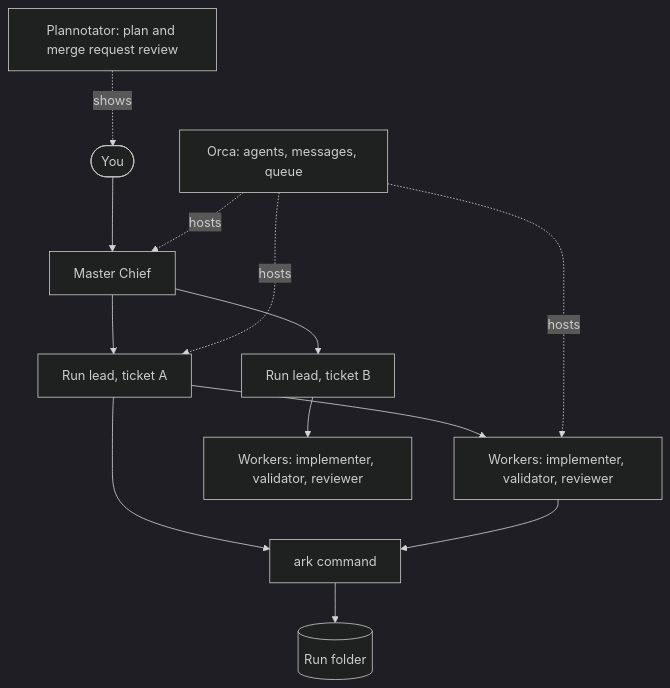
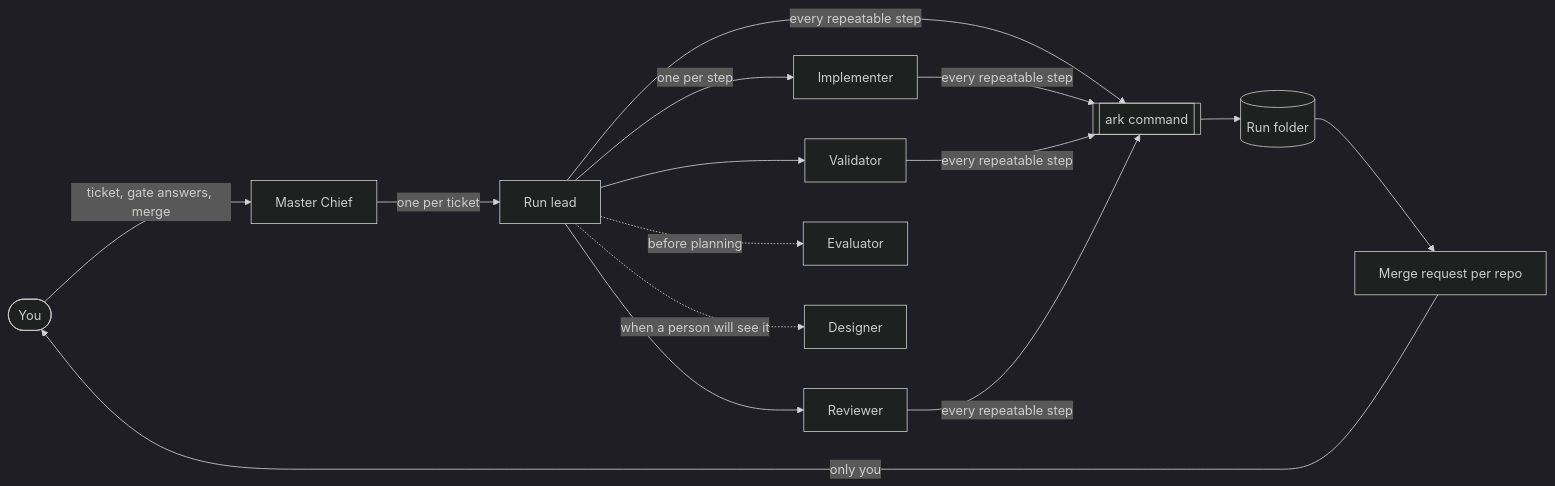
Before and after one commit to cobekarhoff/ark: the diagram in README.md, drawn with Mermaid (dark theme). The commit also changed other lines of this file and 6 other files, not shown here.

Commit message:
docs: why Ark, vision, scenarios, tour, and rewritten README, PRD and architecture

````diff
--- a/README.md
+++ b/README.md
@@ -13,15 +25,14 @@
 ```mermaid
-flowchart TD
-  human([You]) --> chief[Master Chief]
-  chief --> lead1[Run lead, ticket A]
-  chief --> lead2[Run lead, ticket B]
-  lead1 --> worker1[Workers: implementer, validator, reviewer]
-  lead2 --> worker2[Workers: implementer, validator, reviewer]
-  orca[Orca: agents, messages, queue] -.hosts.-> chief
-  orca -.hosts.-> lead1
-  orca -.hosts.-> worker1
-  plannotator[Plannotator: plan and merge request review] -.shows.-> human
-  lead1 --> ark[ark command]
-  worker1 --> ark
+flowchart LR
+  you([You]) -->|ticket, gate answers, merge| chief[Master Chief]
+  chief -->|one per ticket| lead[Run lead]
+  lead -->|one per step| impl[Implementer]
+  lead --> val[Validator]
+  lead --> rev[Reviewer]
+  lead -.->|before planning| evl[Evaluator]
+  lead -.->|when a person will see it| des[Designer]
+  lead & impl & val & rev -->|every repeatable step| ark[[ark command]]
   ark --> folder[(Run folder)]
+  folder --> mr[Merge request per repo]
+  mr -->|only you| you
 ```
````
